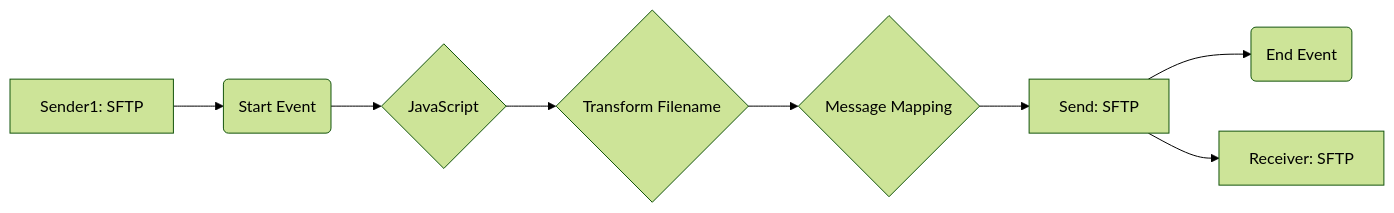
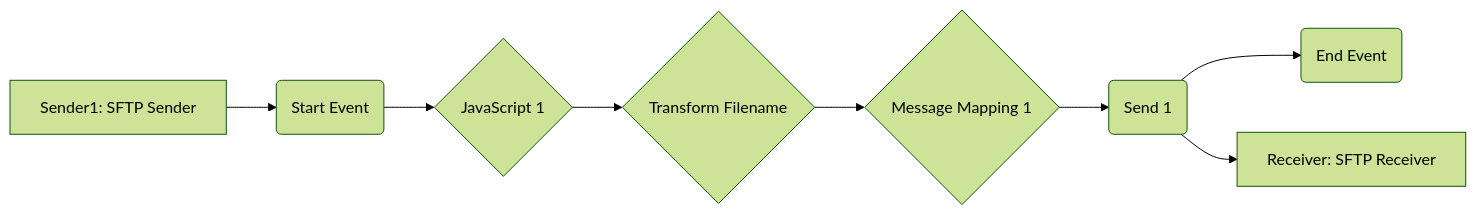
The diagram in REPSOL - SFTP IFLOWS/Connectivity_test_UK2_SFTP_copy-1.0.1/readme.md (Avvale-IA-CICD/AvvaleCPI), drawn with Mermaid (forest theme) before and after one commit. The commit also changed other lines of this file, not shown here.

Commit message:
Add/update documentation for Connectivity_test_UK2_SFTP_copy v1.0.1

````diff
--- a/REPSOL - SFTP IFLOWS/Connectivity_test_UK2_SFTP_copy-1.0.1/readme.md
+++ b/REPSOL - SFTP IFLOWS/Connectivity_test_UK2_SFTP_copy-1.0.1/readme.md
@@ -4,10 +4,10 @@
 ```mermaid
 graph LR
-    A[Sender1: SFTP] --> B(Start Event);
-    B --> C{JavaScript};
-    C --> D{Transform Filename};
-    D --> E{Message Mapping};
-    E --> F[Send: SFTP];
-    F --> G(End Event);
-    F --> H[Receiver: SFTP];
+    A[Sender1: SFTP Sender] --> B(Start Event)
+    B --> C{JavaScript 1}
+    C --> D{Transform Filename}
+    D --> E{Message Mapping 1}
+    E --> F(Send 1)
+    F --> G(End Event)
+    F --> H[Receiver: SFTP Receiver]
 ```
````
